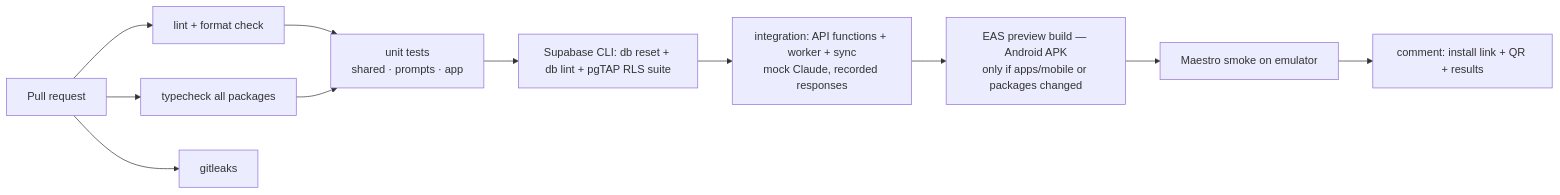
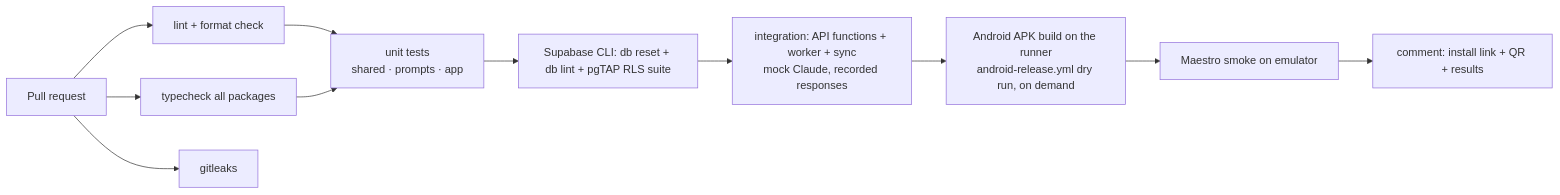
The second of 2 diagrams in docs/engineering/testing-strategy.md (mariajunqueiramirandas-cpu/Studify), drawn with Mermaid before and after one commit. The commit also changed other lines of this file and 2 other files, not shown here.

First line of the commit message:
Remove the EAS preview workflow

````diff
--- a/docs/engineering/testing-strategy.md
+++ b/docs/engineering/testing-strategy.md
@@ -239,13 +239,13 @@
 ```mermaid
 flowchart LR
   PR[Pull request] --> L[lint + format check]
   PR --> T[typecheck all packages]
   PR --> G[gitleaks]
   L --> U[unit tests<br/>shared · prompts · app]
   T --> U
   U --> DB[Supabase CLI: db reset + db lint + pgTAP RLS suite]
   DB --> I[integration: API functions + worker + sync<br/>mock Claude, recorded responses]
-  I --> B[EAS preview build — Android APK<br/>only if apps/mobile or packages changed]
+  I --> B[Android APK build on the runner<br/>android-release.yml dry run, on demand]
   B --> E[Maestro smoke on emulator]
   E --> C[comment: install link + QR + results]
 ```
````
